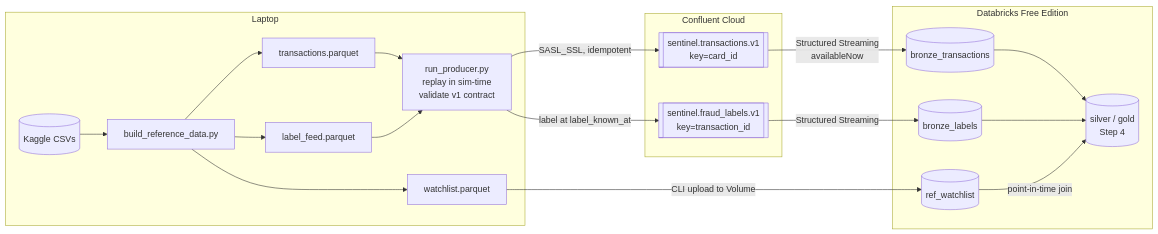
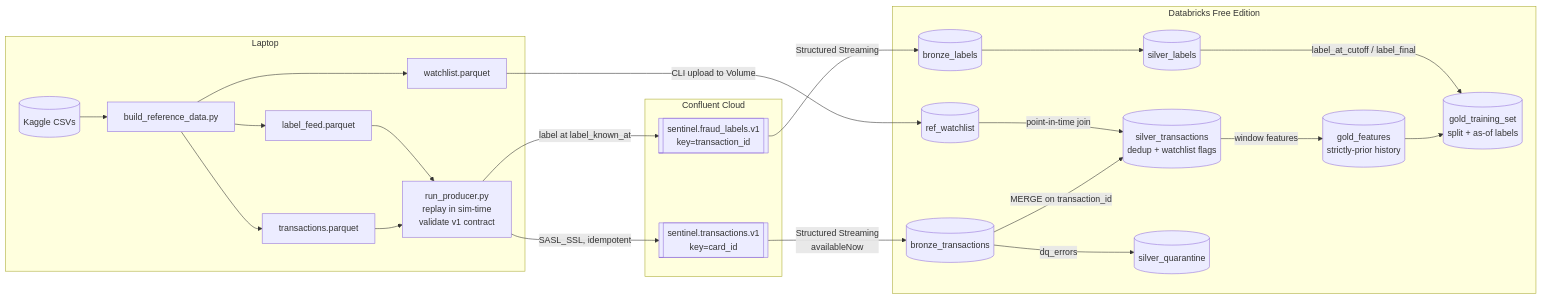
One commit to ek-neize/sentinel-fraud-platform changed the diagram in README.md. Above: the diagram before and after it, drawn with Mermaid. The commit also changed other lines of this file and 10 other files, not shown here.

First line of the commit message:
Step 4: silver and gold layers with point-in-time features

````diff
--- a/README.md
+++ b/README.md
@@ -33,29 +33,37 @@
 ```mermaid
 flowchart LR
     subgraph Laptop
         K[(Kaggle CSVs)] --> R[build_reference_data.py]
         R --> TX[transactions.parquet]
         R --> LB[label_feed.parquet]
         R --> WL[watchlist.parquet]
         TX --> P[run_producer.py<br/>replay in sim-time<br/>validate v1 contract]
         LB --> P
     end
     subgraph Confluent Cloud
         T1[[sentinel.transactions.v1<br/>key=card_id]]
         T2[[sentinel.fraud_labels.v1<br/>key=transaction_id]]
     end
     subgraph Databricks Free Edition
         B1[(bronze_transactions)]
         B2[(bronze_labels)]
         RW[(ref_watchlist)]
-        S[(silver / gold<br/>Step 4)]
+        ST[(silver_transactions<br/>dedup + watchlist flags)]
+        SL[(silver_labels)]
+        SQ[(silver_quarantine)]
+        GF[(gold_features<br/>strictly-prior history)]
+        GT[(gold_training_set<br/>split + as-of labels)]
     end
     P -- SASL_SSL, idempotent --> T1
     P -- label at label_known_at --> T2
     T1 -- Structured Streaming<br/>availableNow --> B1
     T2 -- Structured Streaming --> B2
     WL -- CLI upload to Volume --> RW
-    B1 --> S
-    B2 --> S
-    RW -- point-in-time join --> S
+    B1 -- MERGE on transaction_id --> ST
+    B1 -- dq_errors --> SQ
+    B2 --> SL
+    RW -- point-in-time join --> ST
+    ST -- window features --> GF
+    GF --> GT
+    SL -- label_at_cutoff / label_final --> GT
 ```
````
